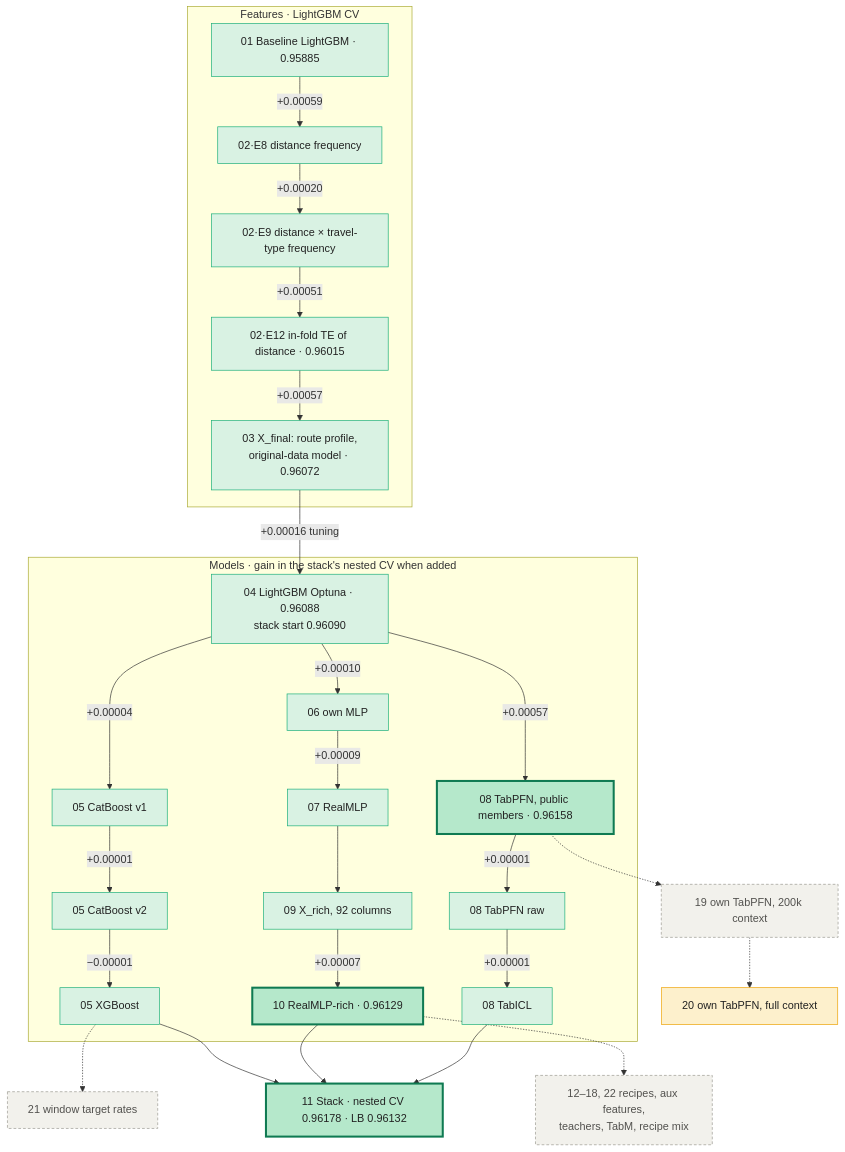
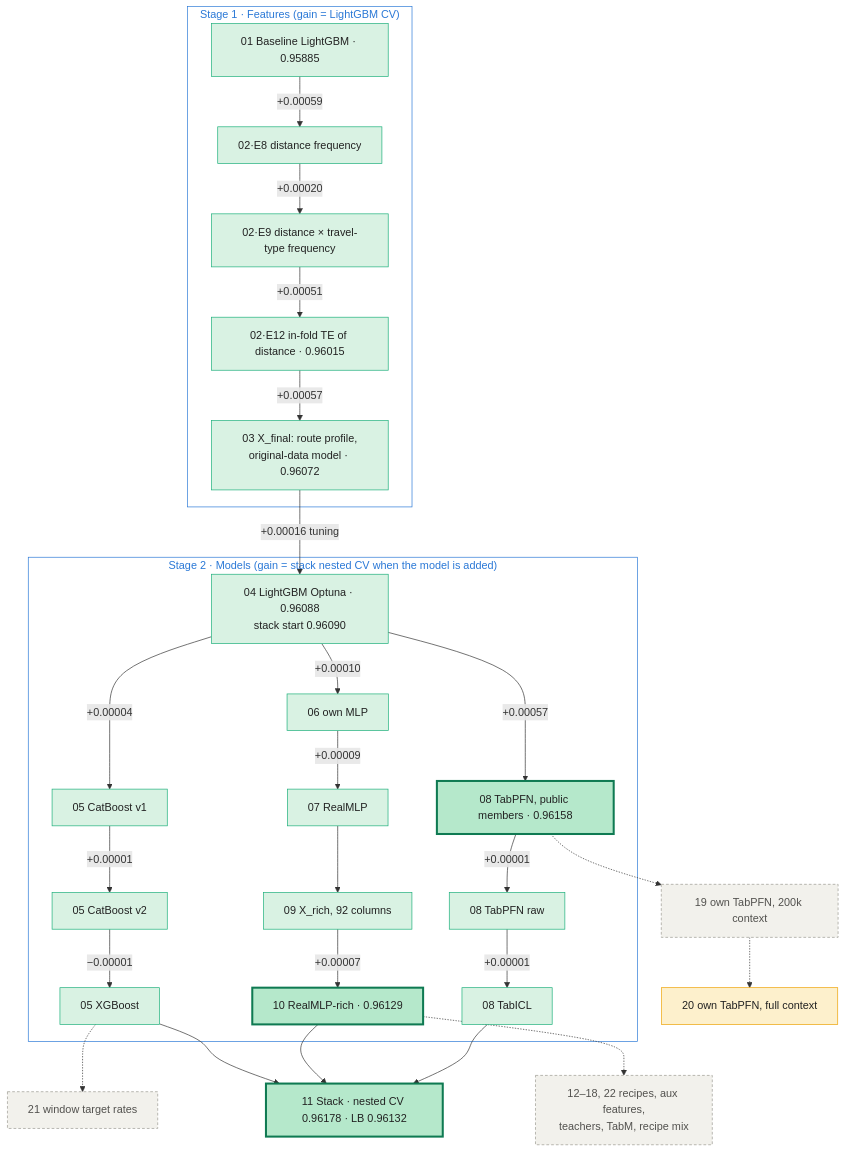
One commit to de-lazurenko/kaggle-competitions changed the diagram in predicting_airline_satisfaction_s6e10/README.md. Above: the diagram before and after it, drawn with Mermaid. The commit also changed other lines of this file, not shown here.

````diff
--- a/predicting_airline_satisfaction_s6e10/README.md
+++ b/predicting_airline_satisfaction_s6e10/README.md
@@ -23,41 +23,44 @@
 ```mermaid
 flowchart TD
     classDef kept fill:#d9f2e3,stroke:#1baf7a,color:#222
     classDef big fill:#b5e8cb,stroke:#0f7a52,stroke-width:3px,color:#222
     classDef rej fill:#f2f1ec,stroke:#9a9890,stroke-dasharray:4 3,color:#52514e
     classDef pend fill:#fdf0cc,stroke:#eda100,color:#222
 
-    subgraph FEAT["Features · LightGBM CV"]
+    subgraph FEAT["Stage 1 · Features (gain = LightGBM CV)"]
         B01["01 Baseline LightGBM · 0.95885"]:::kept
         B01 -->|"+0.00059"| E8["02·E8 distance frequency"]:::kept
         E8 -->|"+0.00020"| E9["02·E9 distance × travel-type frequency"]:::kept
         E9 -->|"+0.00051"| E12["02·E12 in-fold TE of distance · 0.96015"]:::kept
         E12 -->|"+0.00057"| X03["03 X_final: route profile,<br/>original-data model · 0.96072"]:::kept
     end
 
-    subgraph MOD["Models · gain in the stack's nested CV when added"]
+    subgraph MOD["Stage 2 · Models (gain = stack nested CV when the model is added)"]
         M04["04 LightGBM Optuna · 0.96088<br/>stack start 0.96090"]:::kept
         M04 -->|"+0.00004"| C1["05 CatBoost v1"]:::kept
         C1 -->|"+0.00001"| C2["05 CatBoost v2"]:::kept
         C2 -->|"−0.00001"| XG["05 XGBoost"]:::kept
         M04 -->|"+0.00010"| M06["06 own MLP"]:::kept
         M06 -->|"+0.00009"| M07["07 RealMLP"]:::kept
         M07 --> F09["09 X_rich, 92 columns"]:::kept
         F09 -->|"+0.00007"| M10["10 RealMLP-rich · 0.96129"]:::big
         M04 -->|"+0.00057"| M08["08 TabPFN, public members · 0.96158"]:::big
         M08 -->|"+0.00001"| M08r["08 TabPFN raw"]:::kept
         M08r -->|"+0.00001"| M08i["08 TabICL"]:::kept
     end
 
     X03 -->|"+0.00016 tuning"| M04
 
     XG -.-> R1["21 window target rates"]:::rej
     M10 -.-> R2["12–18, 22 recipes, aux features,<br/>teachers, TabM, recipe mix"]:::rej
     M08 -.-> R3["19 own TabPFN, 200k context"]:::rej
     R3 -.-> P20["20 own TabPFN, full context"]:::pend
 
     XG --> S11
     M10 --> S11
     M08i --> S11
     S11["11 Stack · nested CV 0.96178 · LB 0.96132"]:::big
+
+    style FEAT fill:#ffffff,stroke:#2a78d6,stroke-width:1px,color:#2a78d6
+    style MOD fill:#ffffff,stroke:#2a78d6,stroke-width:1px,color:#2a78d6
 ```
````
